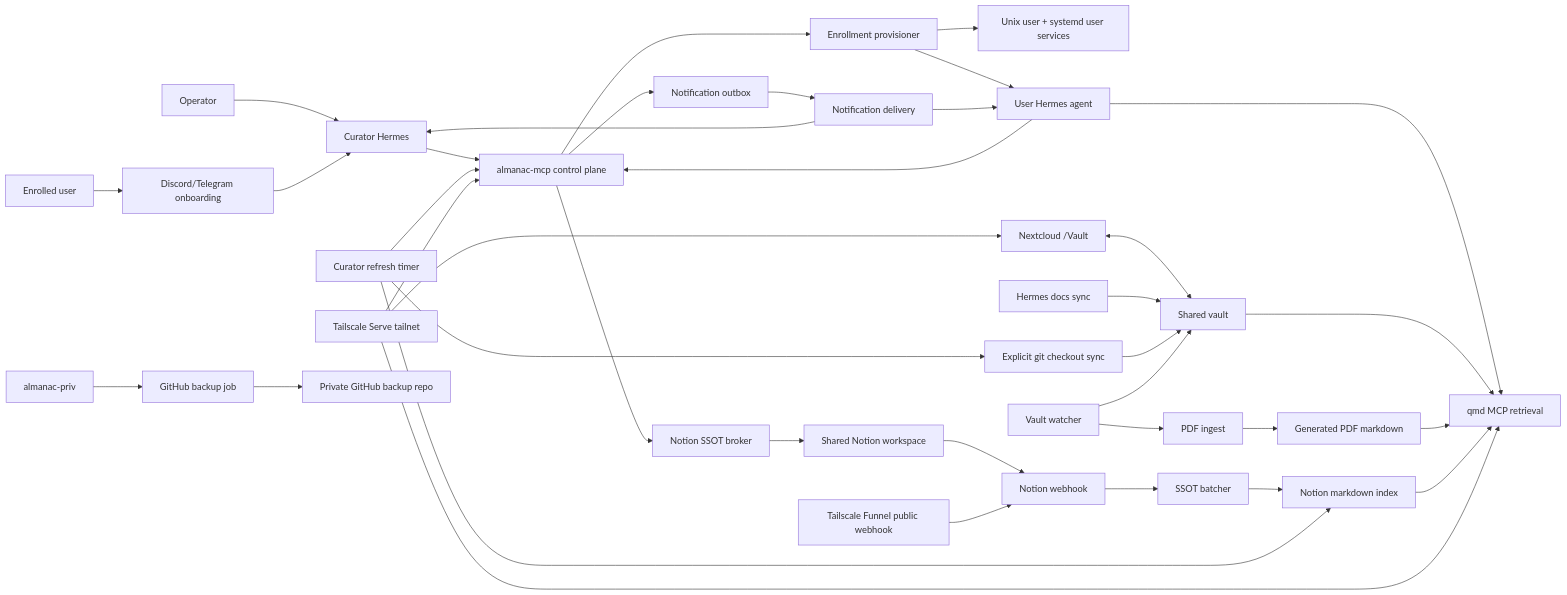
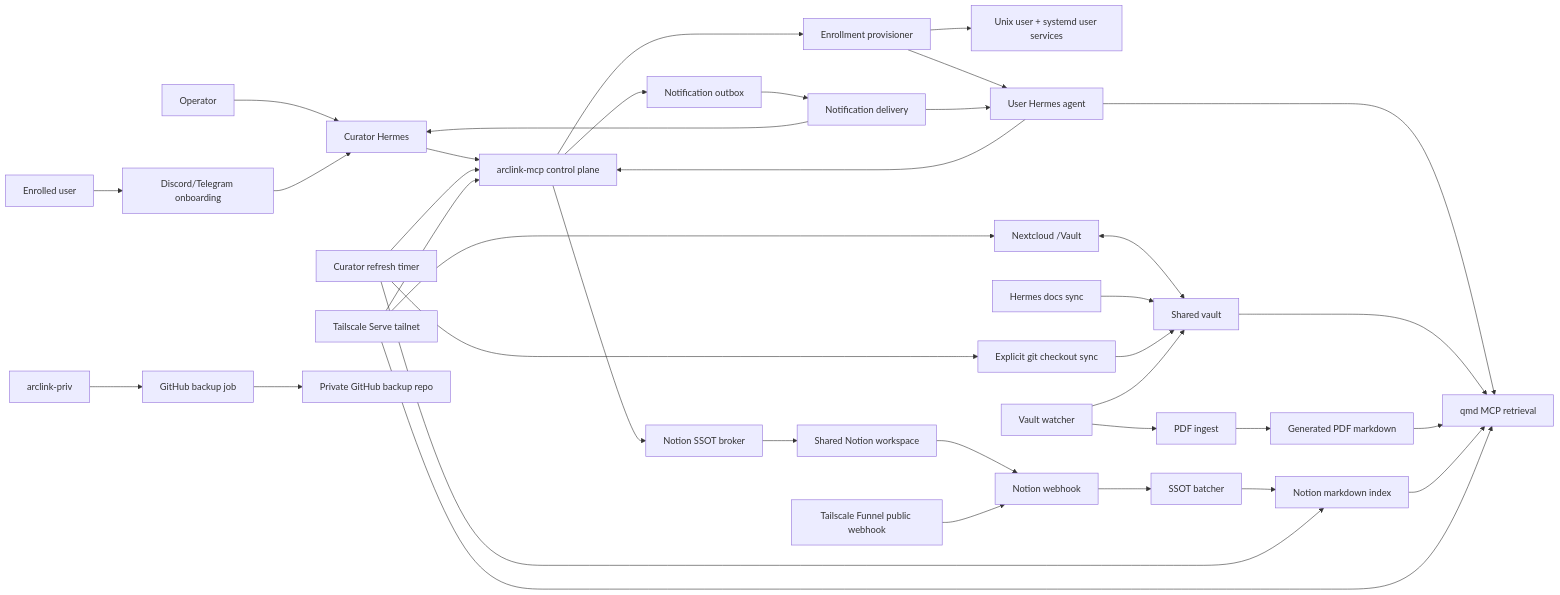
Before and after one commit to sirouk/almanac: the diagram in README.md, drawn with Mermaid. The commit also changed other lines of this file and 455 other files, not shown here.

````diff
--- a/README.md
+++ b/README.md
@@ -101,46 +101,46 @@
 ```mermaid
 flowchart LR
     Operator[Operator] --> Curator[Curator Hermes]
     User[Enrolled user] --> Onboarding[Discord/Telegram onboarding]
     Onboarding --> Curator
-    Curator --> Control[almanac-mcp control plane]
+    Curator --> Control[arclink-mcp control plane]
     Control --> Provisioner[Enrollment provisioner]
     Provisioner --> Unix[Unix user + systemd user services]
     Provisioner --> Agent[User Hermes agent]
 
     Agent --> Control
     Agent --> QMD[qmd MCP retrieval]
     Control --> NotionBroker[Notion SSOT broker]
     NotionBroker --> Notion[Shared Notion workspace]
 
     Vault[Shared vault]
     Nextcloud[Nextcloud /Vault] <--> Vault
     HermesDocs[Hermes docs sync] --> Vault
     RepoSync[Explicit git checkout sync] --> Vault
     Watcher[Vault watcher] --> Vault
     Watcher --> PDF[PDF ingest]
     PDF --> PDFMarkdown[Generated PDF markdown]
     Vault --> QMD
     PDFMarkdown --> QMD
 
     Notion --> NotionWebhook[Notion webhook]
     NotionWebhook --> SSOTBatcher[SSOT batcher]
     SSOTBatcher --> NotionIndex[Notion markdown index]
     NotionIndex --> QMD
 
     CuratorRefresh[Curator refresh timer] --> Control
     CuratorRefresh --> RepoSync
     CuratorRefresh --> NotionIndex
     Control --> Notifications[Notification outbox]
     Notifications --> Delivery[Notification delivery]
     Delivery --> Curator
     Delivery --> Agent
 
     TailscaleServe[Tailscale Serve tailnet] --> Nextcloud
     TailscaleServe --> Control
     TailscaleServe --> QMD
     TailscaleFunnel[Tailscale Funnel public webhook] --> NotionWebhook
 
-    PrivateRepo[almanac-priv] --> Backup[GitHub backup job]
+    PrivateRepo[arclink-priv] --> Backup[GitHub backup job]
     Backup --> GitHub[Private GitHub backup repo]
 ```
````
